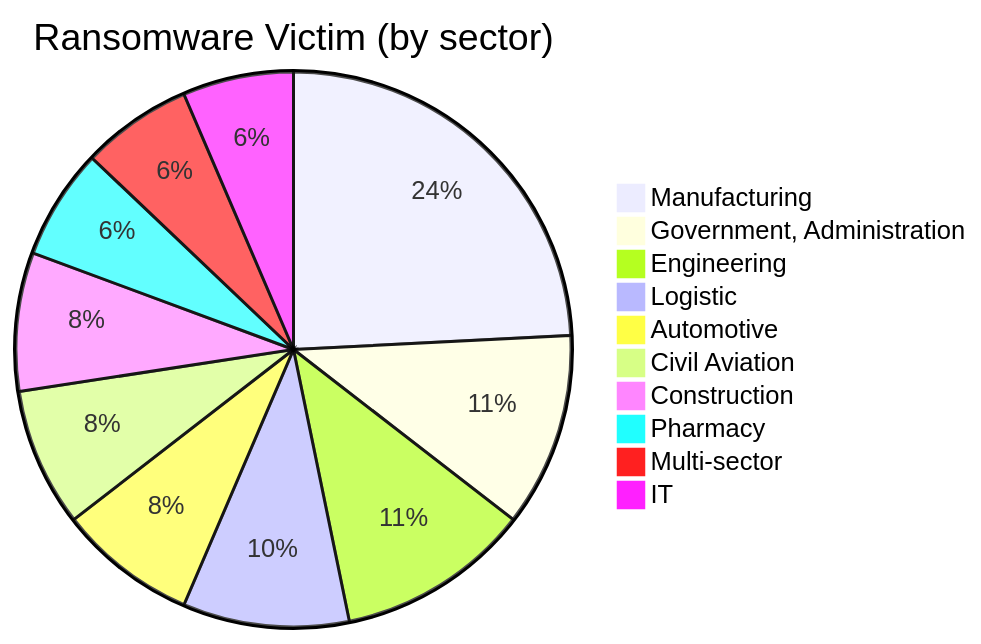
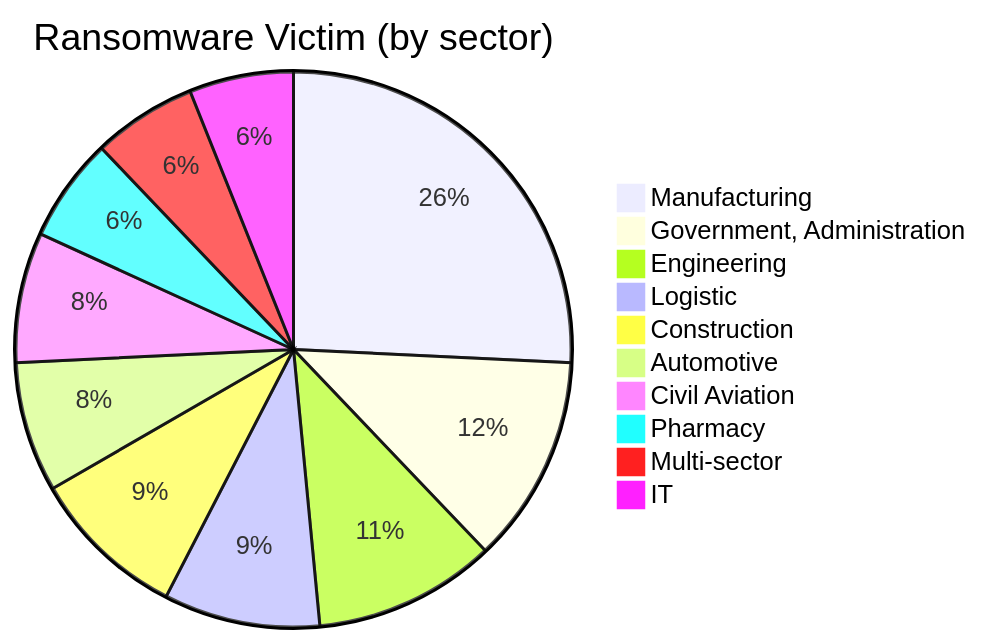
One commit to rectifyq/site changed the third of 3 diagrams in content/MY Threat Landscape/ransomware.md. Above: the diagram before and after it, drawn with Mermaid. The commit also changed other lines of this file, not shown here.

````diff
--- a/content/MY Threat Landscape/ransomware.md
+++ b/content/MY Threat Landscape/ransomware.md
@@ -150,13 +158,13 @@
 ```mermaid
 pie title Ransomware Victim (by sector)
-    "Manufacturing" : 15
-    "Government, Administration" : 7
+    "Manufacturing" : 17
+    "Government, Administration" : 8
     "Engineering" : 7
     "Logistic" : 6
+    "Construction" : 6
     "Automotive" : 5
     "Civil Aviation" : 5
-    "Construction" : 5
     "Pharmacy" : 4
     "Multi-sector" : 4
     "IT" : 4
 ```
````
